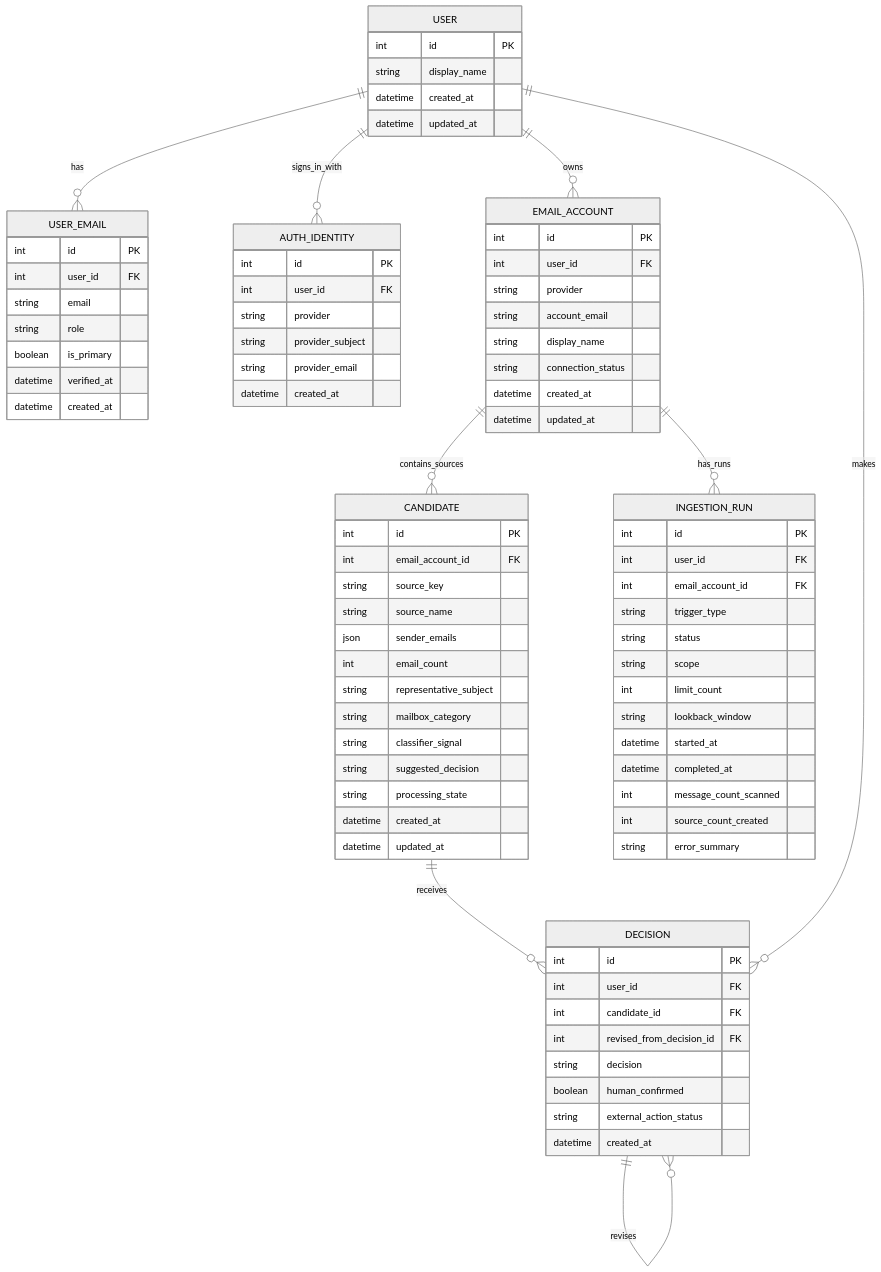
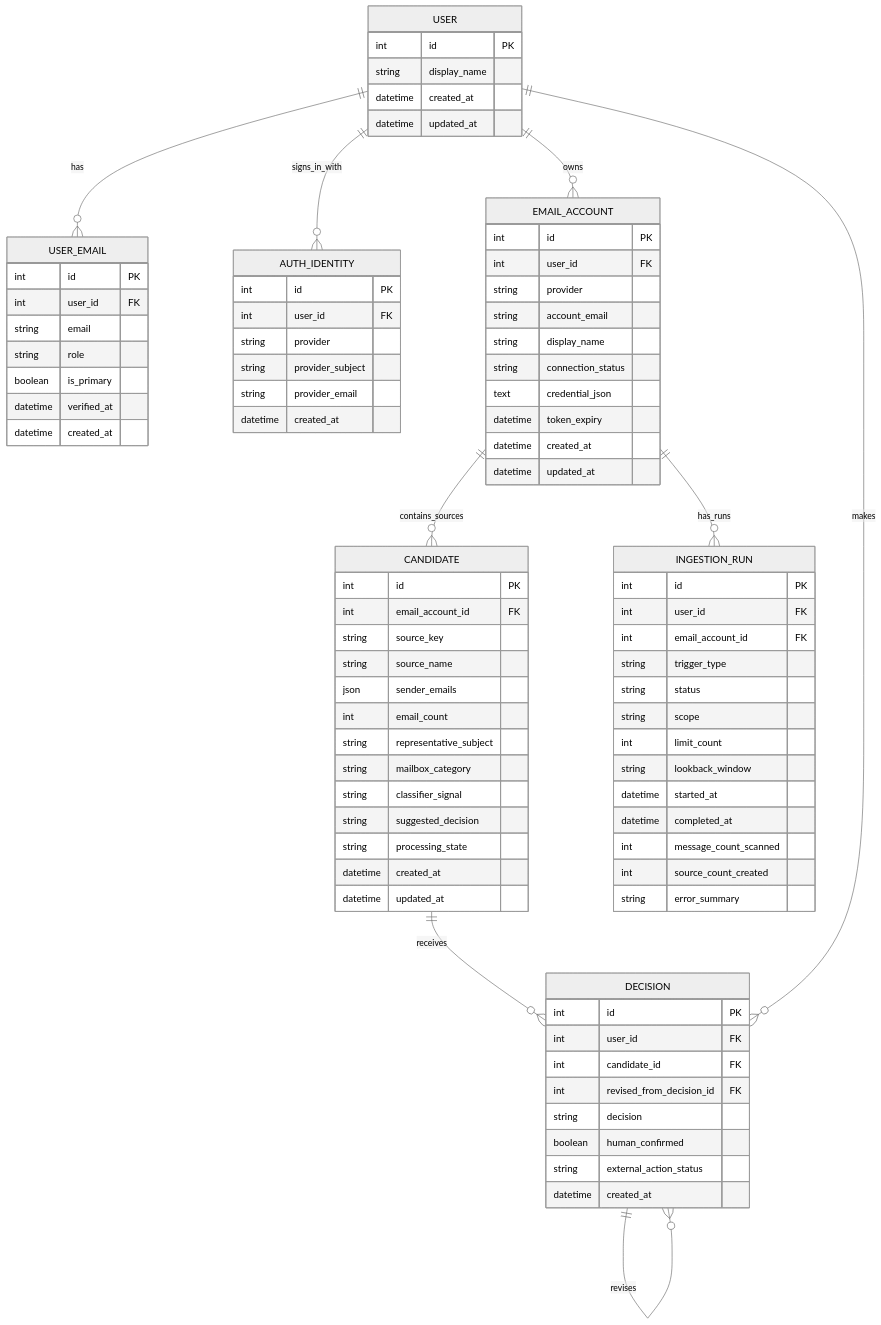
One commit to cashmy/SANE changed the diagram in docs/SANE_Data_Model_ERD.md. Above: the diagram before and after it, drawn with Mermaid (neutral theme). The commit also changed other lines of this file and 38 other files, not shown here.

First line of the commit message:
feat(auth): add Google sign-in and manual Gmail connection flow

```diff
--- a/docs/SANE_Data_Model_ERD.md
+++ b/docs/SANE_Data_Model_ERD.md
@@ -79,6 +80,8 @@
       string account_email
       string display_name
       string connection_status
+      text credential_json
+      datetime token_expiry
       datetime created_at
       datetime updated_at
     }
```
